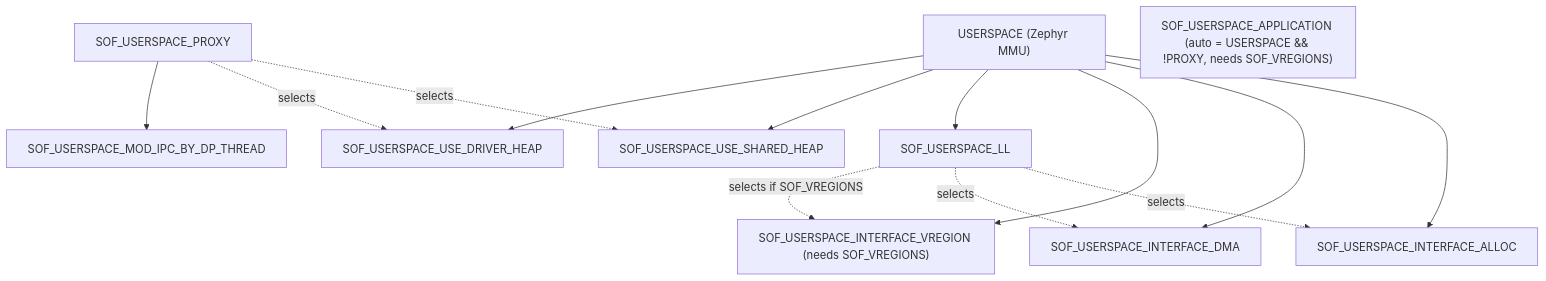
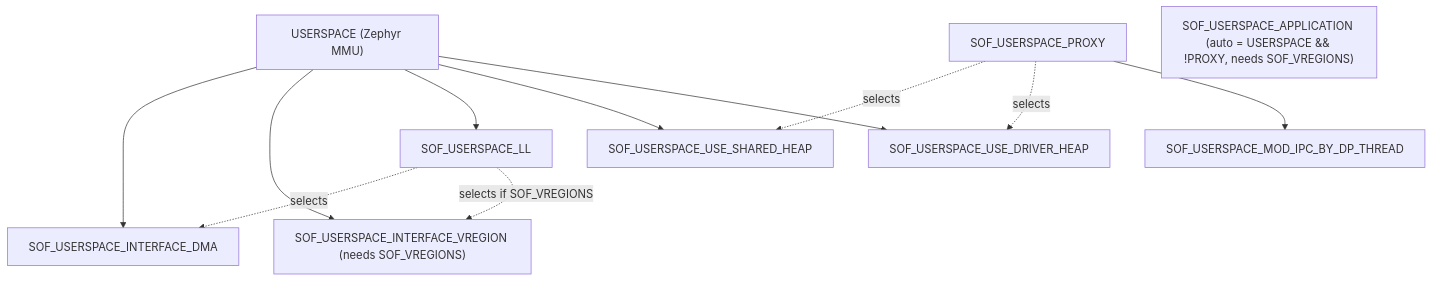
One commit to thesofproject/sof changed the second of 2 diagrams in src/include/sof/userspace/README.md. Above: the diagram before and after it, drawn with Mermaid. The commit also changed other lines of this file and 1 other file, not shown here.

First line of the commit message:
userspace: doc: describe the user-mode LL user heap

````diff
--- a/src/include/sof/userspace/README.md
+++ b/src/include/sof/userspace/README.md
@@ -258,18 +274,16 @@
 ```mermaid
 graph TD
     US["USERSPACE (Zephyr MMU)"]
-    US --> ALLOC[SOF_USERSPACE_INTERFACE_ALLOC]
     US --> DMA[SOF_USERSPACE_INTERFACE_DMA]
     US --> VREG["SOF_USERSPACE_INTERFACE_VREGION (needs SOF_VREGIONS)"]
     US --> LL[SOF_USERSPACE_LL]
-    LL -.selects.-> ALLOC
     LL -.selects.-> DMA
     LL -.selects if SOF_VREGIONS.-> VREG
     US --> SHEAP[SOF_USERSPACE_USE_SHARED_HEAP]
     US --> DHEAP[SOF_USERSPACE_USE_DRIVER_HEAP]
     PROXY[SOF_USERSPACE_PROXY]
     PROXY -.selects.-> SHEAP
     PROXY -.selects.-> DHEAP
     PROXY --> MODIPC[SOF_USERSPACE_MOD_IPC_BY_DP_THREAD]
     APP["SOF_USERSPACE_APPLICATION (auto = USERSPACE && !PROXY, needs SOF_VREGIONS)"]
 ```
````
